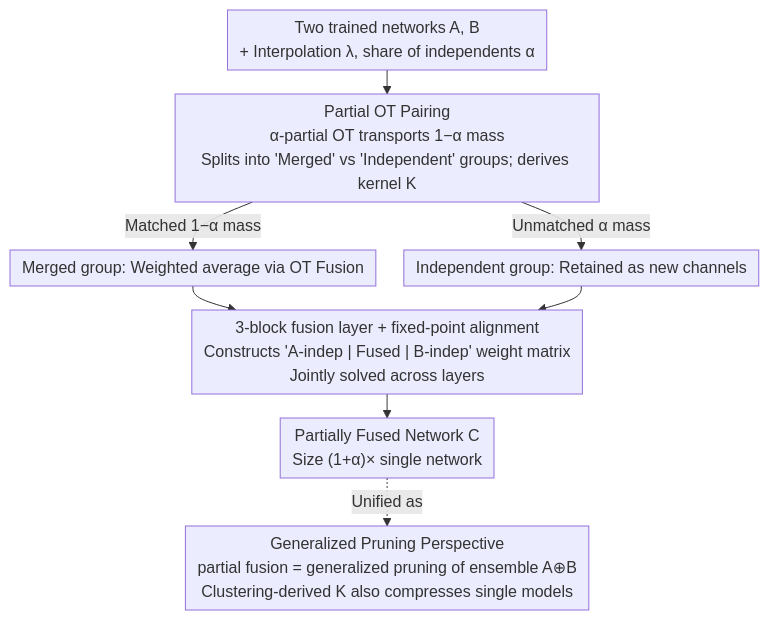
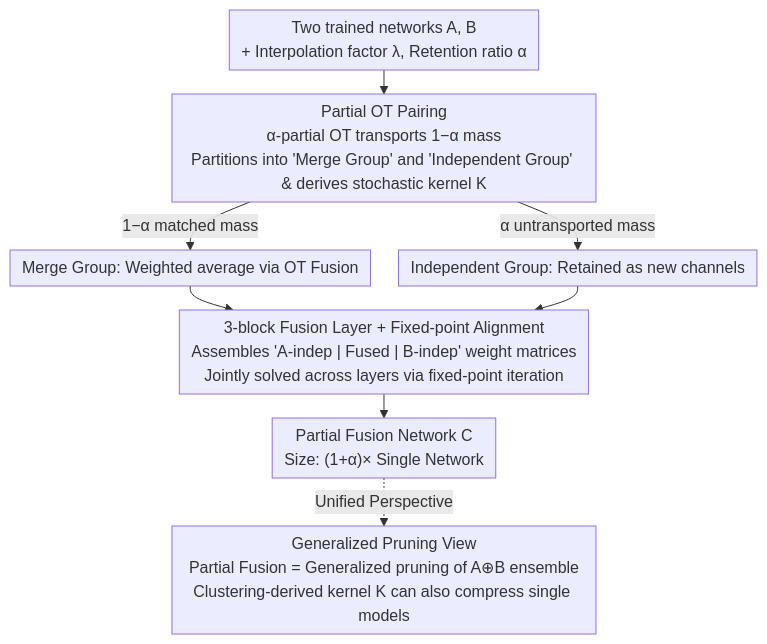
One commit to zhaoyang97/Paper-Notes-en changed the diagram in docs/ICML2026/model_compression/partial_fusion_of_neural_networks_efficient_tradeoffs_between_ensembles_and_weig.md. Above: the diagram before and after it, drawn with Mermaid. The commit also changed other lines of this file and 5084 other files, not shown here.

````diff
--- a/docs/ICML2026/model_compression/partial_fusion_of_neural_networks_efficient_tradeoffs_between_ensembles_and_weig.md
+++ b/docs/ICML2026/model_compression/partial_fusion_of_neural_networks_efficient_tradeoffs_between_ensembles_and_weig.md
@@ -42,12 +42,12 @@
 ```mermaid
 %%{init: {'flowchart': {'rankSpacing': 24, 'nodeSpacing': 28, 'padding': 6, 'wrappingWidth': 400}}}%%
 flowchart TD
-    IN["Two trained networks A, B<br/>+ Interpolation λ, share of independents α"]
-    IN --> OT["Partial OT Pairing<br/>α-partial OT transports 1−α mass<br/>Splits into 'Merged' vs 'Independent' groups; derives kernel K"]
-    OT -->|Matched 1−α mass| MERGE["Merged group: Weighted average via OT Fusion"]
-    OT -->|Unmatched α mass| INDEP["Independent group: Retained as new channels"]
-    MERGE --> BLOCK["3-block fusion layer + fixed-point alignment<br/>Constructs 'A-indep | Fused | B-indep' weight matrix<br/>Jointly solved across layers"]
+    IN["Two trained networks A, B<br/>+ Interpolation factor λ, Retention ratio α"]
+    IN --> OT["Partial OT Pairing<br/>α-partial OT transports 1−α mass<br/>Partitions into 'Merge Group' and 'Independent Group' & derives stochastic kernel K"]
+    OT -->|1−α matched mass| MERGE["Merge Group: Weighted average via OT Fusion"]
+    OT -->|α untransported mass| INDEP["Independent Group: Retained as new channels"]
+    MERGE --> BLOCK["3-block Fusion Layer + Fixed-point Alignment<br/>Assembles 'A-indep | Fused | B-indep' weight matrices<br/>Jointly solved across layers via fixed-point iteration"]
     INDEP --> BLOCK
-    BLOCK --> OUT["Partially Fused Network C<br/>Size (1+α)× single network"]
-    OUT -.Unified as.-> GP["Generalized Pruning Perspective<br/>partial fusion = generalized pruning of ensemble A⊕B<br/>Clustering-derived K also compresses single models"]
+    BLOCK --> OUT["Partial Fusion Network C<br/>Size: (1+α)× Single Network"]
+    OUT -.Unified Perspective.-> GP["Generalized Pruning View<br/>Partial Fusion = Generalized pruning of A⊕B ensemble<br/>Clustering-derived kernel K can also compress single models"]
 ```
````
